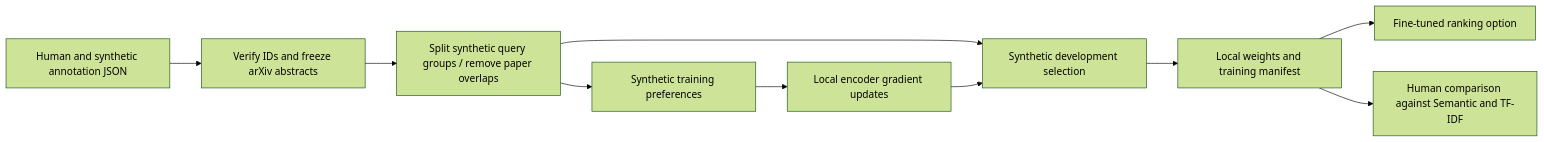
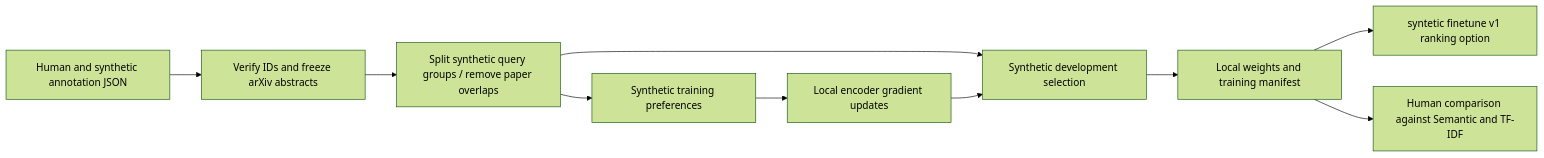
Before and after one commit to ArtemDziuba/Paper-Discovery-Assistant: the second of 3 diagrams in docs/architecture.md, drawn with Mermaid (forest theme). The commit also changed other lines of this file and 105 other files, not shown here.

````diff
--- a/docs/architecture.md
+++ b/docs/architecture.md
@@ -54,12 +78,12 @@
 ```mermaid
 flowchart LR
     A[Human and synthetic annotation JSON] --> B[Verify IDs and freeze arXiv abstracts]
     B --> C[Split synthetic query groups / remove paper overlaps]
     C --> D[Synthetic training preferences]
     D --> E[Local encoder gradient updates]
     C --> F[Synthetic development selection]
     E --> F
     F --> G[Local weights and training manifest]
-    G --> H[Fine-tuned ranking option]
+    G --> H[syntetic finetune v1 ranking option]
     G --> I[Human comparison against Semantic and TF-IDF]
 ```
````
